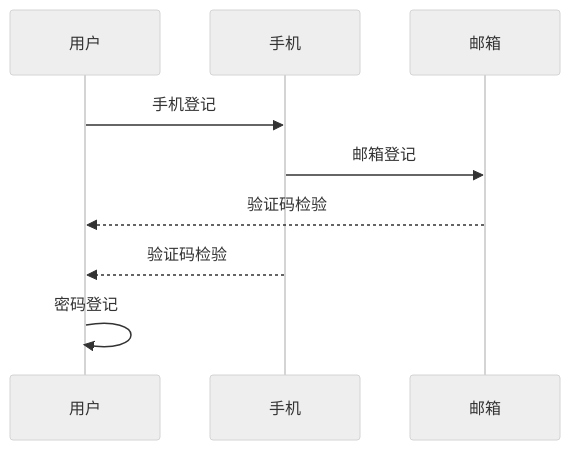
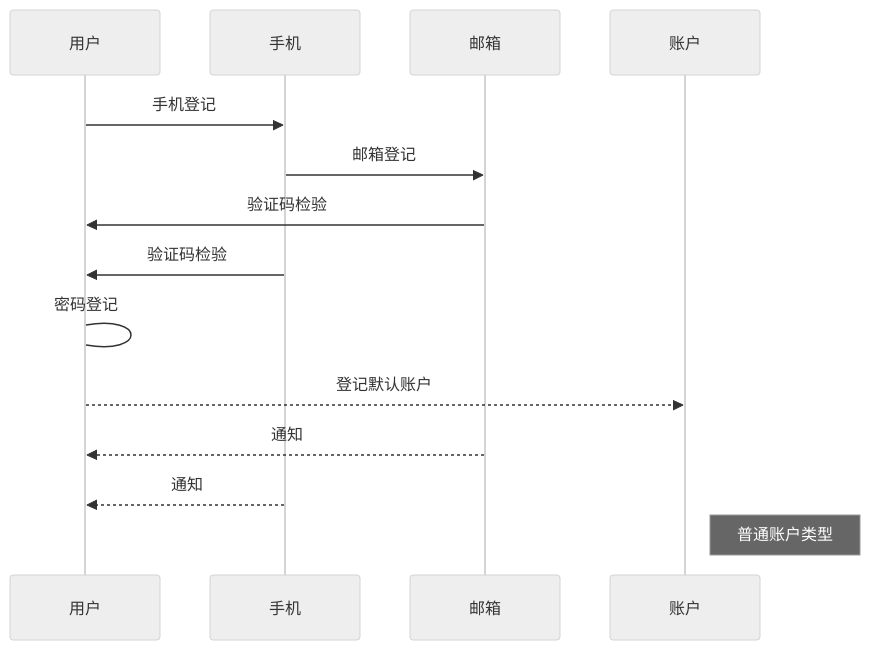
One commit to neomaclin/designdoc changed the second of 6 diagrams in Readme.md. Above: the diagram before and after it, drawn with Mermaid (neutral theme). The commit also changed other lines of this file, not shown here.

````diff
--- a/Readme.md
+++ b/Readme.md
@@ -34,14 +32,19 @@
 ```mermaid
 
 sequenceDiagram
-    participant U as 用户
-    participant P as 手机
-    participant M as 邮箱
+    participant u as 用户
+    participant p as 手机
+    participant m as 邮箱
+    participant a as 账户
 
-    U->>P: 手机登记
-    P->>M: 邮箱登记
-    M-->>U: 验证码检验
-    P-->>U: 验证码检验
-    U->>U: 密码登记
+    u->>p: 手机登记
+    p->>m: 邮箱登记
+    m->>u: 验证码检验
+    p->>u: 验证码检验
+    u->u: 密码登记
+    u-->>a: 登记默认账户
+    m-->>u: 通知
+    p-->>u: 通知
+    Note right of a: 普通账户类型
 
 ```
````
